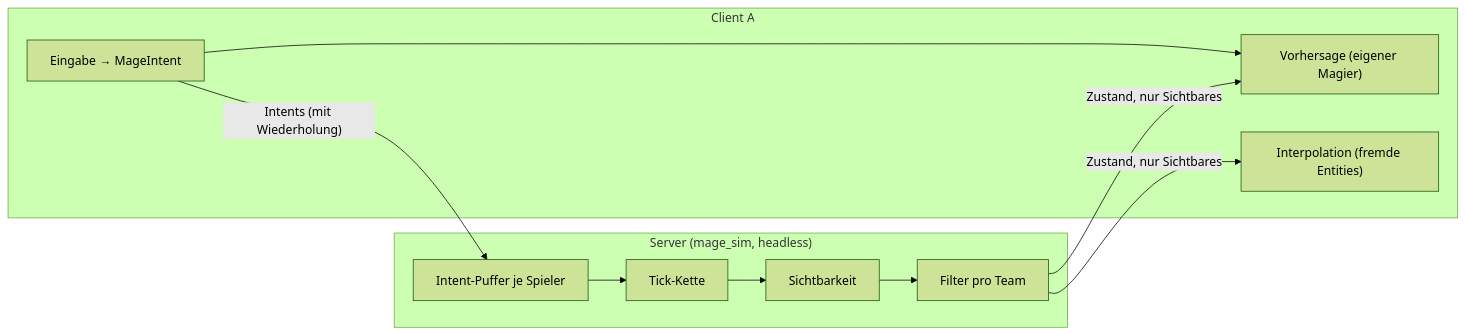
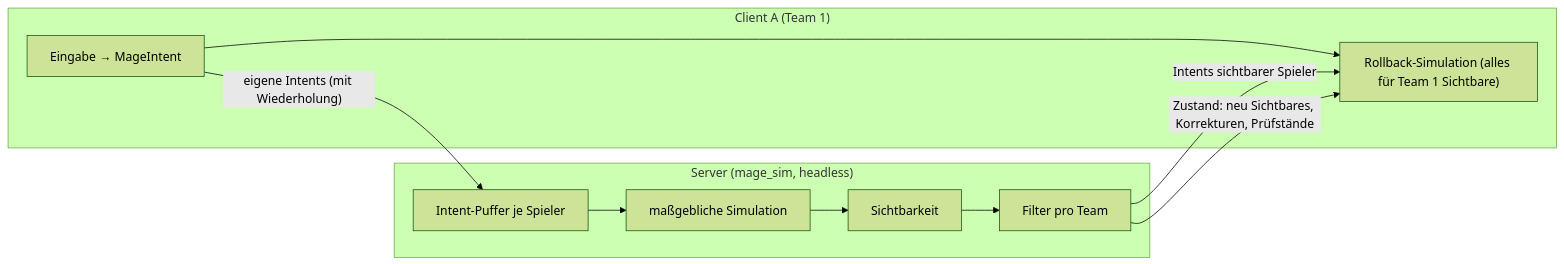
One commit to MagierSpieleSchmiede/mage-game changed the diagram in docs/architecture/netzwerk.md. Above: the diagram before and after it, drawn with Mermaid (forest theme). The commit also changed other lines of this file and 28 other files, not shown here.

````diff
--- a/docs/architecture/netzwerk.md
+++ b/docs/architecture/netzwerk.md
@@ -11,15 +13,14 @@
 ```mermaid
 flowchart LR
-  subgraph C1["Client A"]
-    IA["Eingabe → MageIntent"] --> PA["Vorhersage (eigener Magier)"]
-    RA["Interpolation (fremde Entities)"]
+  subgraph C1["Client A (Team 1)"]
+    IA["Eingabe → MageIntent"] --> RB["Rollback-Simulation (alles für Team 1 Sichtbare)"]
   end
   subgraph S["Server (mage_sim, headless)"]
-    Q["Intent-Puffer je Spieler"] --> SIM["Tick-Kette"]
+    Q["Intent-Puffer je Spieler"] --> SIM["maßgebliche Simulation"]
     SIM --> VIS["Sichtbarkeit"]
     VIS --> F["Filter pro Team"]
   end
-  IA -- "Intents (mit Wiederholung)" --> Q
-  F -- "Zustand, nur Sichtbares" --> PA
-  F -- "Zustand, nur Sichtbares" --> RA
+  IA -- "eigene Intents (mit Wiederholung)" --> Q
+  F -- "Intents sichtbarer Spieler" --> RB
+  F -- "Zustand: neu Sichtbares, Korrekturen, Prüfstände" --> RB
 ```
````
